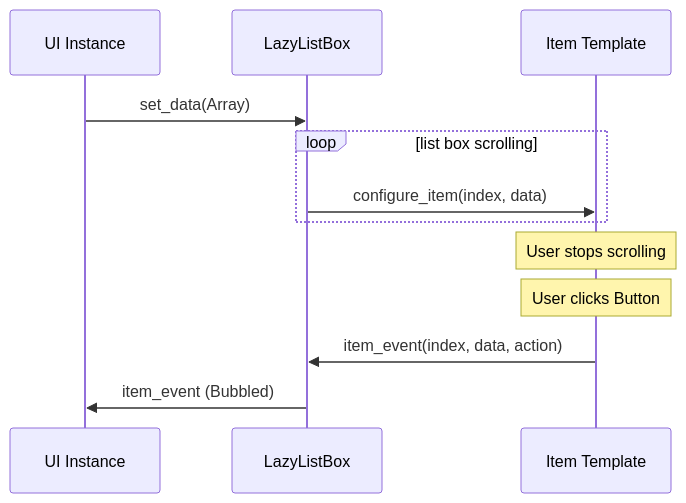
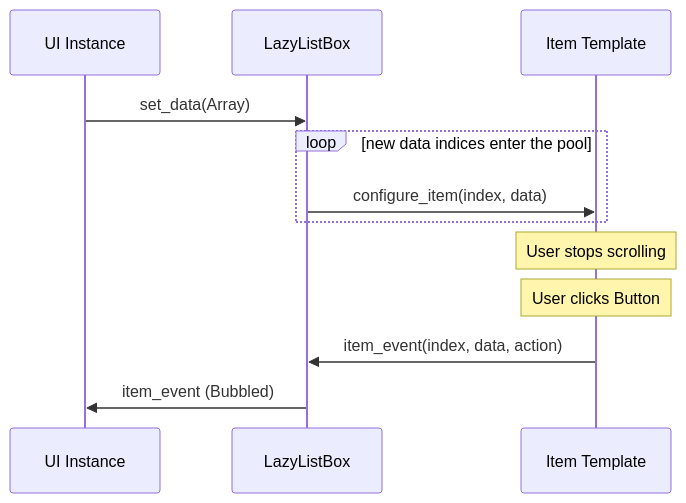
One commit to spinalcord/lazy-list-box-godot changed the diagram in README.md. Above: the diagram before and after it, drawn with Mermaid. The commit also changed other lines of this file and 17 other files, not shown here.

````diff
--- a/README.md
+++ b/README.md
@@ -14,14 +14,14 @@
 ```mermaid
 sequenceDiagram
-    participant UI as UI Instance
-    participant LLB as LazyListBox
-    participant IT as Item Template
-    UI->>LLB: set_data(Array)
-    loop list box scrolling
-        LLB->>IT: configure_item(index, data)
-    end
-    Note over IT: User stops scrolling
-    Note over IT: User clicks Button
-    IT->>LLB: item_event(index, data, action)
-    LLB->>UI: item_event (Bubbled)
+	participant UI as UI Instance
+	participant LLB as LazyListBox
+	participant IT as Item Template
+	UI->>LLB: set_data(Array)
+	loop new data indices enter the pool
+		LLB->>IT: configure_item(index, data)
+	end
+	Note over IT: User stops scrolling
+	Note over IT: User clicks Button
+	IT->>LLB: item_event(index, data, action)
+	LLB->>UI: item_event (Bubbled)
 ```
````
